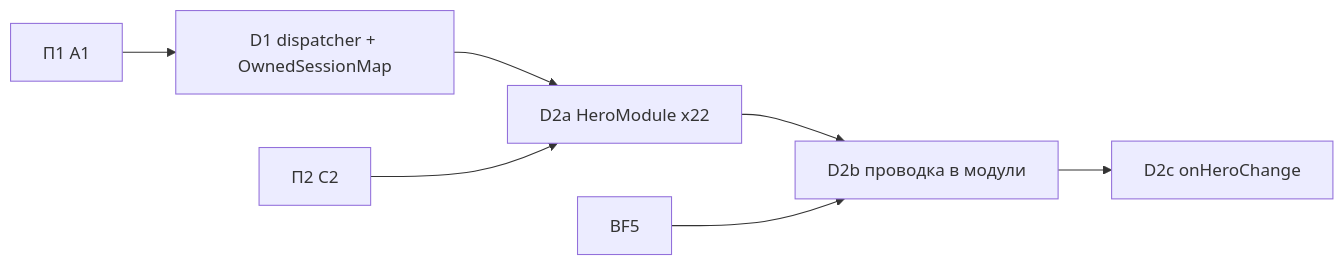
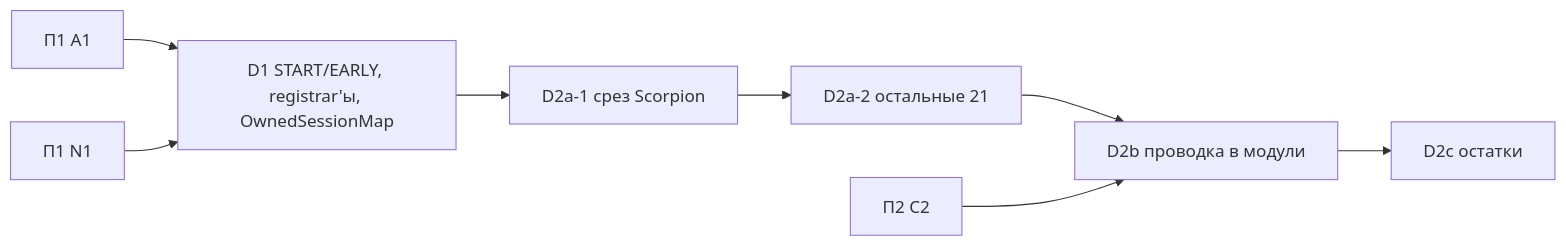
One commit to grebeshok105/Codex-Superheroes changed the diagram in docs/design/architecture-migration/03-server-modules-ticks-lifecycle.md. Above: the diagram before and after it, drawn with Mermaid. The commit also changed other lines of this file and 3 other files, not shown here.

Commit message:
docs(architecture): rebase plans on bugfix stages 4-12 and fix external review findings (overview, plans 1-3)

````diff
--- a/docs/design/architecture-migration/03-server-modules-ticks-lifecycle.md
+++ b/docs/design/architecture-migration/03-server-modules-ticks-lifecycle.md
@@ -75,9 +76,10 @@
 ```mermaid
 flowchart LR
-  A1[П1 A1] --> D1[D1 dispatcher + OwnedSessionMap]
-  D1 --> D2a[D2a HeroModule x22]
-  C2[П2 C2] --> D2a
-  D2a --> D2b[D2b проводка в модули]
-  BF5[BF5] --> D2b
-  D2b --> D2c[D2c onHeroChange]
+  A1[П1 A1] --> D1[D1 START/EARLY, registrar'ы, OwnedSessionMap]
+  N1[П1 N1] --> D1
+  D1 --> D2a1[D2a-1 срез Scorpion]
+  D2a1 --> D2a2[D2a-2 остальные 21]
+  D2a2 --> D2b[D2b проводка в модули]
+  C2[П2 C2] --> D2b
+  D2b --> D2c[D2c остатки]
 ```
````
